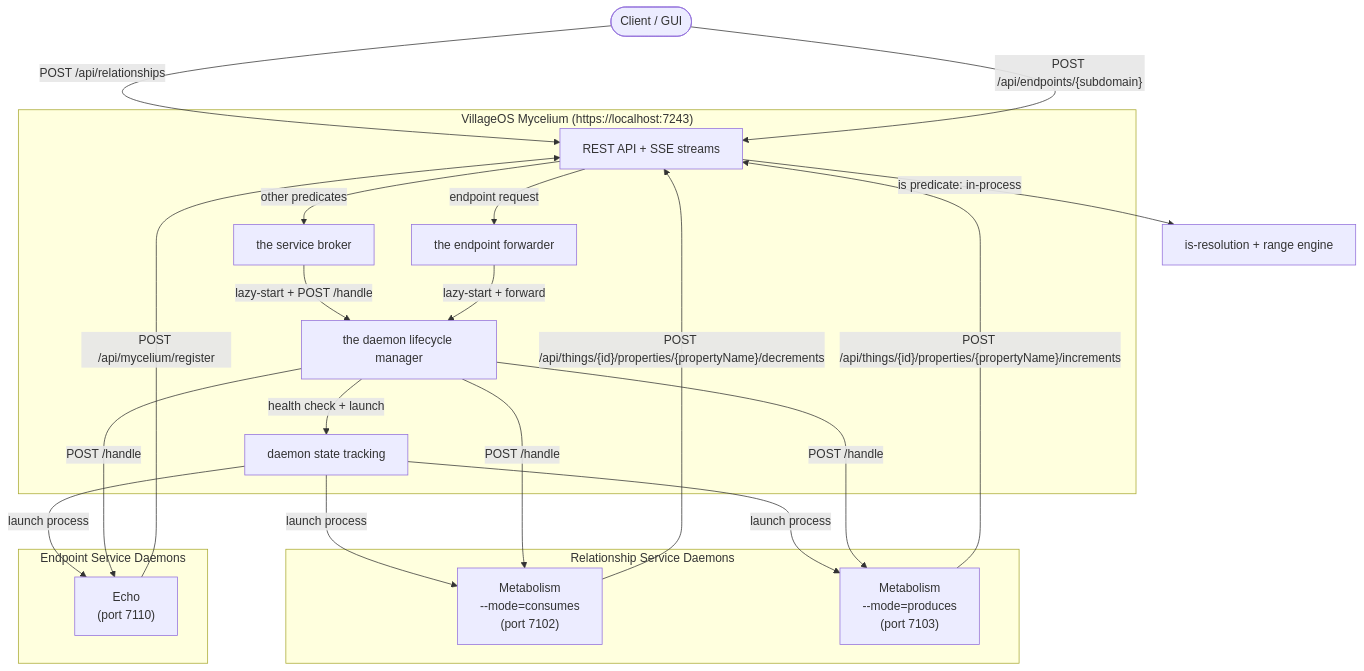
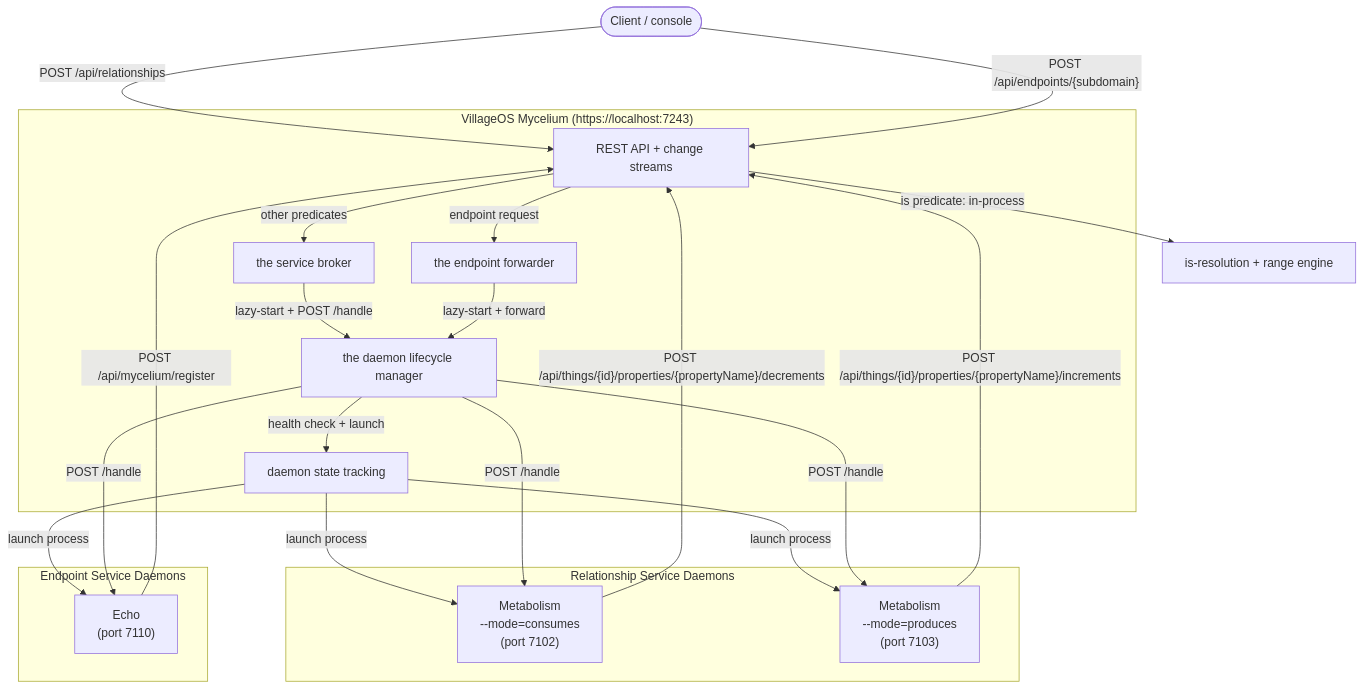
One commit to ReGen-Villages/VillageOS-API changed the diagram in docs/RELATIONSHIP_SERVICES.md. Above: the diagram before and after it, drawn with Mermaid. The commit also changed other lines of this file, not shown here.

````diff
--- a/docs/RELATIONSHIP_SERVICES.md
+++ b/docs/RELATIONSHIP_SERVICES.md
@@ -63,35 +67,35 @@
 ```mermaid
 flowchart TB
     subgraph Mycelium["VillageOS Mycelium (https://localhost:7243)"]
-        API[REST API + SSE streams]
+        API[REST API + change streams]
         DSB[the service broker]
         DLM[the daemon lifecycle manager]
         DST[daemon state tracking]
         ESF[the endpoint forwarder]
     end
 
     subgraph Handlers["Relationship Service Daemons"]
         CONS["Metabolism\n--mode=consumes\n(port 7102)"]
         PROD["Metabolism\n--mode=produces\n(port 7103)"]
     end
 
     subgraph EndpointSvcs["Endpoint Service Daemons"]
         ECHO["Echo\n(port 7110)"]
     end
 
-    Client([Client / GUI]) -->|"POST /api/relationships"| API
+    Client([Client / console]) -->|"POST /api/relationships"| API
     Client -->|"POST /api/endpoints/{subdomain}"| API
     API -->|"is predicate: in-process"| VRS["is-resolution + range engine"]
     API -->|"other predicates"| DSB
     API -->|"endpoint request"| ESF
     DSB -->|"lazy-start + POST /handle"| DLM
     ESF -->|"lazy-start + forward"| DLM
     DLM -->|"health check + launch"| DST
     DST -->|"launch process"| CONS & PROD & ECHO
     DLM -->|"POST /handle"| CONS & PROD & ECHO
 
     CONS -->|"POST /api/things/{id}/properties/{propertyName}/decrements"| API
     PROD -->|"POST /api/things/{id}/properties/{propertyName}/increments"| API
 
     ECHO -->|"POST /api/mycelium/register"| API
 ```
````
